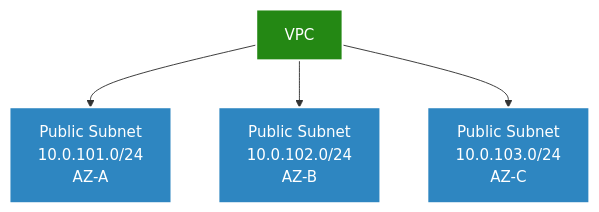
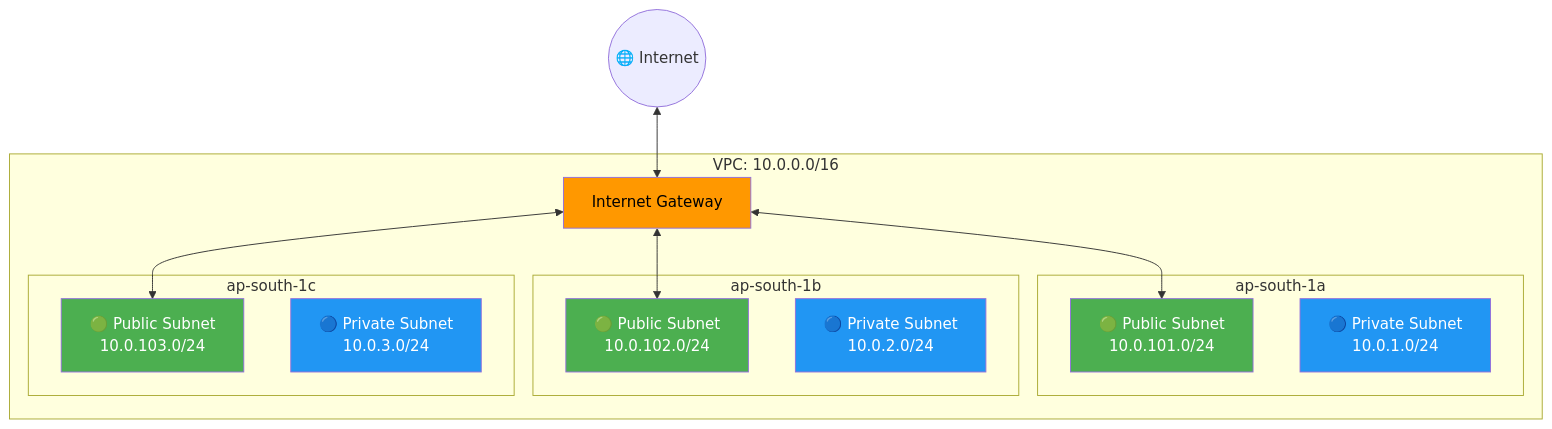
The first of 13 diagrams in docs/architecture-build-steps.md (selvakumarperumal/EKS_k8s_custom_template_with_Terraform), drawn with Mermaid before and after one commit. The commit also changed other lines of this file, not shown here.

Commit message:
docs: rewrite build steps as proper architecture layout diagrams with subgraphs and styled nodes

````diff
--- a/docs/architecture-build-steps.md
+++ b/docs/architecture-build-steps.md
@@ -48,12 +12,36 @@
 ```mermaid
-graph TD
-    classDef vpcStyle fill:#248814,stroke:#fff,stroke-width:2px,color:#fff
-    classDef pubStyle fill:#2E86C1,stroke:#fff,stroke-width:2px,color:#fff
+graph TB
+    Internet(("🌐 Internet"))
 
-    VPC["VPC"] --> PubA["Public Subnet\n10.0.101.0/24\nAZ-A"]
-    VPC --> PubB["Public Subnet\n10.0.102.0/24\nAZ-B"]
-    VPC --> PubC["Public Subnet\n10.0.103.0/24\nAZ-C"]
+    subgraph VPC["VPC: 10.0.0.0/16"]
+        IGW["Internet Gateway"]
 
-    class VPC vpcStyle
-    class PubA,PubB,PubC pubStyle
+        subgraph AZ1["ap-south-1a"]
+            PUB1["🟢 Public Subnet\n10.0.101.0/24"]
+            PRIV1["🔵 Private Subnet\n10.0.1.0/24"]
+        end
+
+        subgraph AZ2["ap-south-1b"]
+            PUB2["🟢 Public Subnet\n10.0.102.0/24"]
+            PRIV2["🔵 Private Subnet\n10.0.2.0/24"]
+        end
+
+        subgraph AZ3["ap-south-1c"]
+            PUB3["🟢 Public Subnet\n10.0.103.0/24"]
+            PRIV3["🔵 Private Subnet\n10.0.3.0/24"]
+        end
+    end
+
+    Internet <--> IGW
+    IGW <--> PUB1
+    IGW <--> PUB2
+    IGW <--> PUB3
+
+    style PUB1 fill:#4CAF50,color:#fff
+    style PUB2 fill:#4CAF50,color:#fff
+    style PUB3 fill:#4CAF50,color:#fff
+    style PRIV1 fill:#2196F3,color:#fff
+    style PRIV2 fill:#2196F3,color:#fff
+    style PRIV3 fill:#2196F3,color:#fff
+    style IGW fill:#FF9800,color:#000
 ```
````
